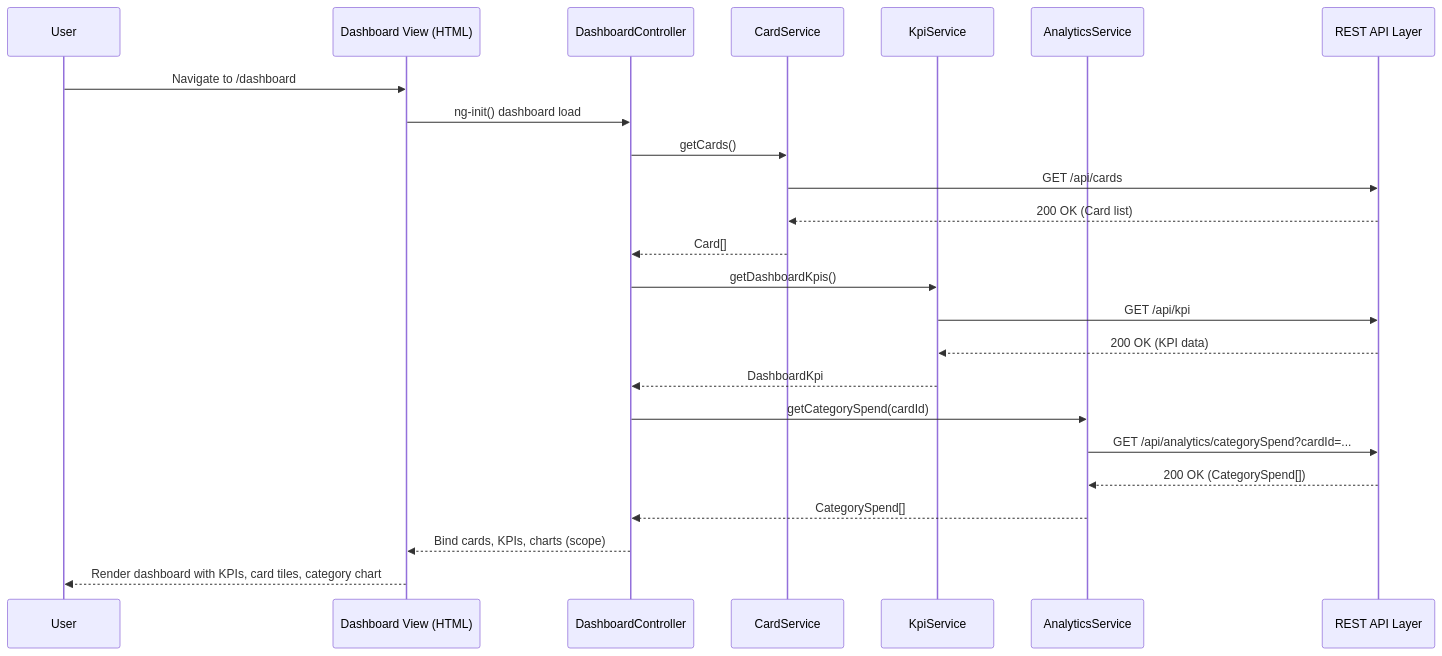
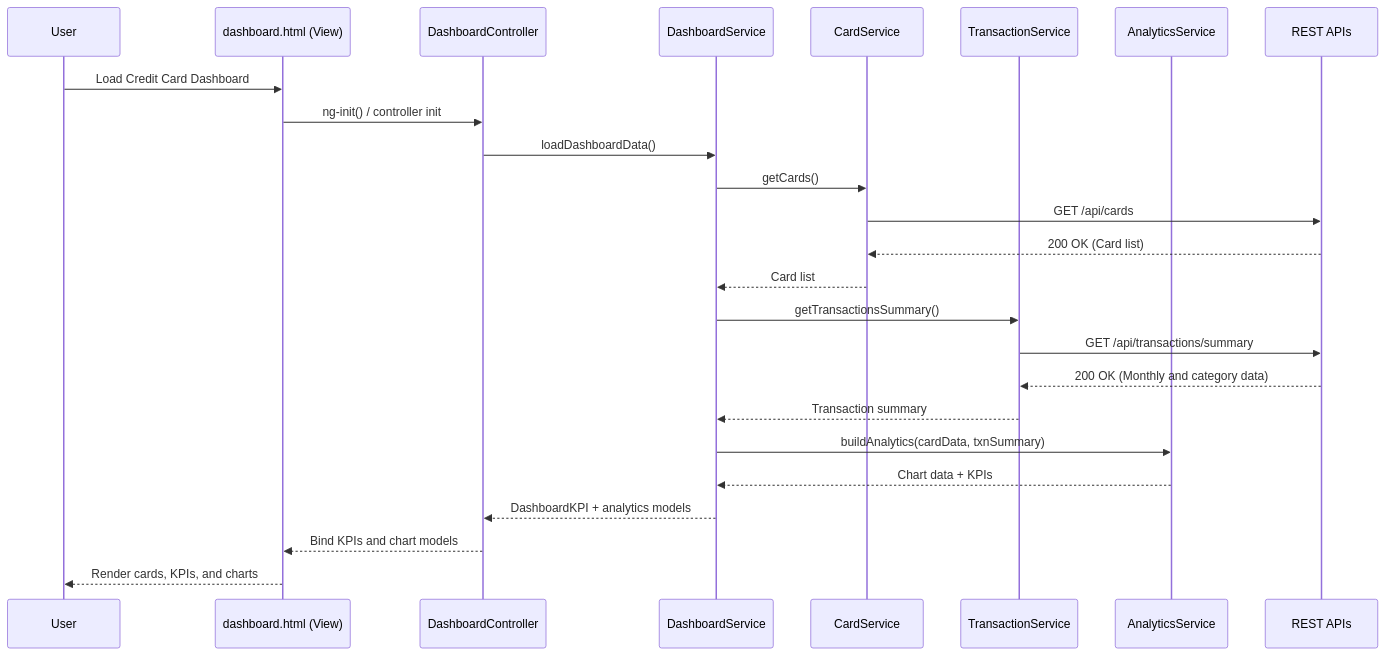
One commit to Davamani-git/APB_Demo changed the diagram in LLD/QE-4808_LLD.md. Above: the diagram before and after it, drawn with Mermaid. The commit also changed other lines of this file, not shown here.

````diff
--- a/LLD/QE-4808_LLD.md
+++ b/LLD/QE-4808_LLD.md
@@ -88,27 +82,28 @@
 ```mermaid
 sequenceDiagram
     participant U as User
-    participant V as Dashboard View (HTML)
+    participant V as dashboard.html (View)
     participant C as DashboardController
+    participant S as DashboardService
     participant CS as CardService
-    participant KS as KpiService
+    participant TS as TransactionService
     participant AS as AnalyticsService
-    participant API as REST API Layer
+    participant API as REST APIs
 
-    U->>V: Navigate to /dashboard
-    V->>C: ng-init() dashboard load
-    C->>CS: getCards()
+    U->>V: Load Credit Card Dashboard
+    V->>C: ng-init() / controller init
+    C->>S: loadDashboardData()
+    S->>CS: getCards()
     CS->>API: GET /api/cards
     API-->>CS: 200 OK (Card list)
-    CS-->>C: Card[]
-    C->>KS: getDashboardKpis()
-    KS->>API: GET /api/kpi
-    API-->>KS: 200 OK (KPI data)
-    KS-->>C: DashboardKpi
-    C->>AS: getCategorySpend(cardId)
-    AS->>API: GET /api/analytics/categorySpend?cardId=...
-    API-->>AS: 200 OK (CategorySpend[])
-    AS-->>C: CategorySpend[]
-    C-->>V: Bind cards, KPIs, charts (scope)
-    V-->>U: Render dashboard with KPIs, card tiles, category chart
+    CS-->>S: Card list
+    S->>TS: getTransactionsSummary()
+    TS->>API: GET /api/transactions/summary
+    API-->>TS: 200 OK (Monthly and category data)
+    TS-->>S: Transaction summary
+    S->>AS: buildAnalytics(cardData, txnSummary)
+    AS-->>S: Chart data + KPIs
+    S-->>C: DashboardKPI + analytics models
+    C-->>V: Bind KPIs and chart models
+    V-->>U: Render cards, KPIs, and charts
 ```
````
